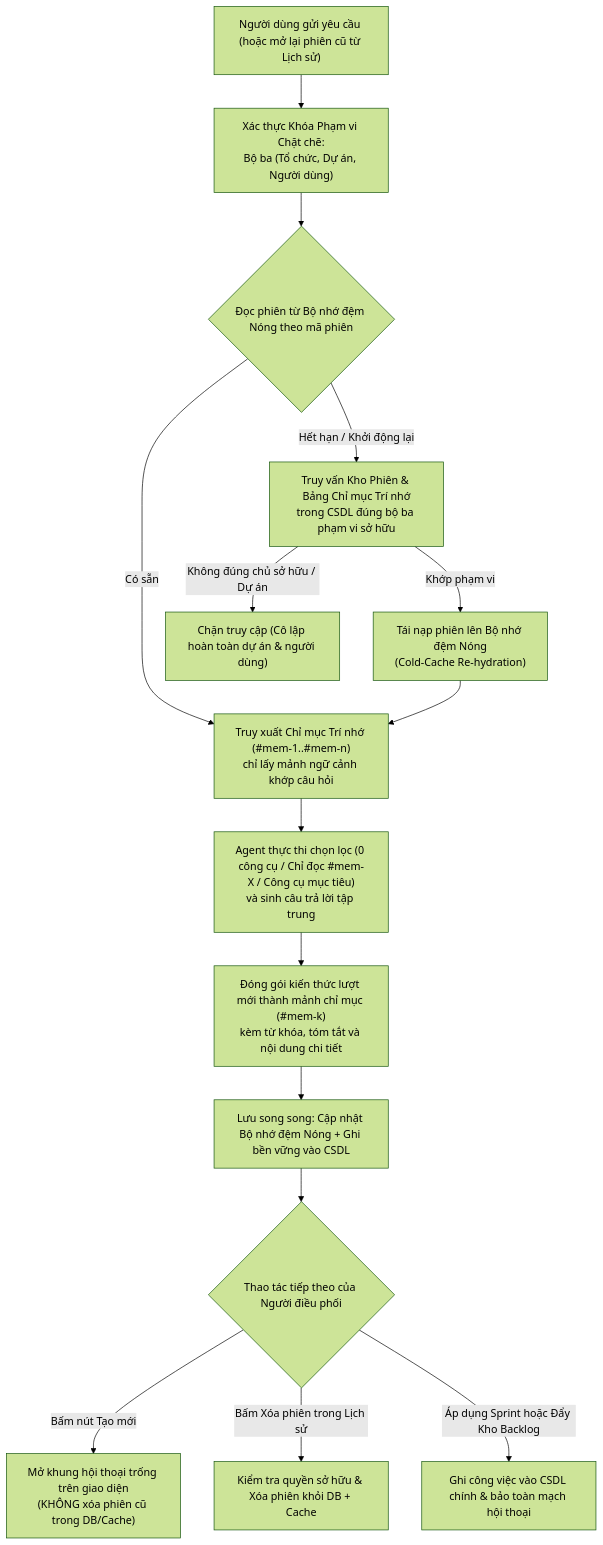
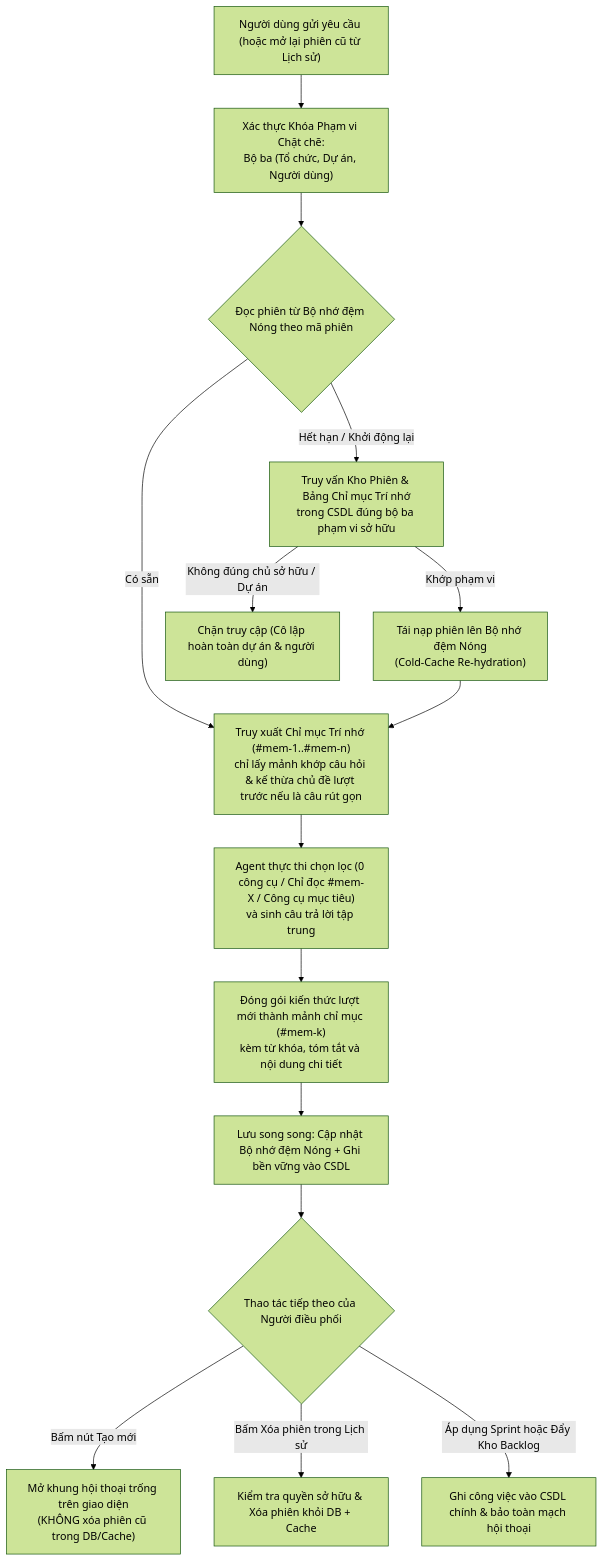
One commit to TranHoang2k40525/ProjectMgmt changed the second of 2 diagrams in docs/ai/03-co-che-tri-nho-redis-memory.md. Above: the diagram before and after it, drawn with Mermaid (forest theme). The commit also changed other lines of this file and 10 other files, not shown here.

Commit message:
feat(ai): bám sát mạch hội thoại đa lượt và nâng cao hiểu ngữ cảnh phiên

````diff
--- a/docs/ai/03-co-che-tri-nho-redis-memory.md
+++ b/docs/ai/03-co-che-tri-nho-redis-memory.md
@@ -51,20 +51,20 @@
 ```mermaid
 flowchart TD
     StartInput["Người dùng gửi yêu cầu (hoặc mở lại phiên cũ từ Lịch sử)"] --> ScopeLock["Xác thực Khóa Phạm vi Chặt chẽ:\nBộ ba (Tổ chức, Dự án, Người dùng)"]
     ScopeLock --> CheckHot{"Đọc phiên từ Bộ nhớ đệm Nóng theo mã phiên"}
 
-    CheckHot -- "Có sẵn" --> RecallIndex["Truy xuất Chỉ mục Trí nhớ (#mem-1..#mem-n)\nchỉ lấy mảnh ngữ cảnh khớp câu hỏi"]
+    CheckHot -- "Có sẵn" --> RecallIndex["Truy xuất Chỉ mục Trí nhớ (#mem-1..#mem-n)\nchỉ lấy mảnh khớp câu hỏi & kế thừa chủ đề lượt trước nếu là câu rút gọn"]
     CheckHot -- "Hết hạn / Khởi động lại" --> QueryDB["Truy vấn Kho Phiên & Bảng Chỉ mục Trí nhớ\ntrong CSDL đúng bộ ba phạm vi sở hữu"]
     QueryDB -- "Không đúng chủ sở hữu / Dự án" --> DenyScope["Chặn truy cập (Cô lập hoàn toàn dự án & người dùng)"]
     QueryDB -- "Khớp phạm vi" --> Rehydrate["Tái nạp phiên lên Bộ nhớ đệm Nóng\n(Cold-Cache Re-hydration)"]
     Rehydrate --> RecallIndex
 
     RecallIndex --> AgentRun["Agent thực thi chọn lọc (0 công cụ / Chỉ đọc #mem-X / Công cụ mục tiêu)\nvà sinh câu trả lời tập trung"]
     AgentRun --> IndexNew["Đóng gói kiến thức lượt mới thành mảnh chỉ mục (#mem-k)\nkèm từ khóa, tóm tắt và nội dung chi tiết"]
     IndexNew --> DualSave["Lưu song song: Cập nhật Bộ nhớ đệm Nóng + Ghi bền vững vào CSDL"]
     DualSave --> UserNext{"Thao tác tiếp theo của Người điều phối"}
 
     UserNext -- "Bấm nút Tạo mới" --> BlankUI["Mở khung hội thoại trống trên giao diện\n(KHÔNG xóa phiên cũ trong DB/Cache)"]
     UserNext -- "Bấm Xóa phiên trong Lịch sử" --> DeleteDB["Kiểm tra quyền sở hữu & Xóa phiên khỏi DB + Cache"]
     UserNext -- "Áp dụng Sprint hoặc Đẩy Kho Backlog" --> CommitWork["Ghi công việc vào CSDL chính & bảo toàn mạch hội thoại"]
 ```
````
